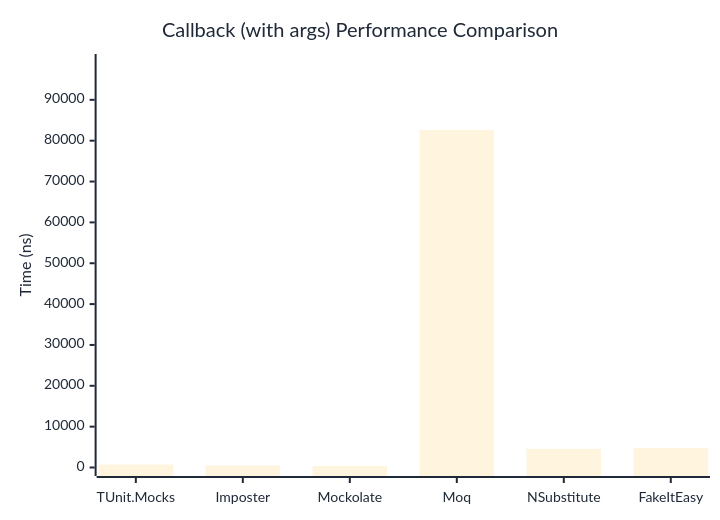
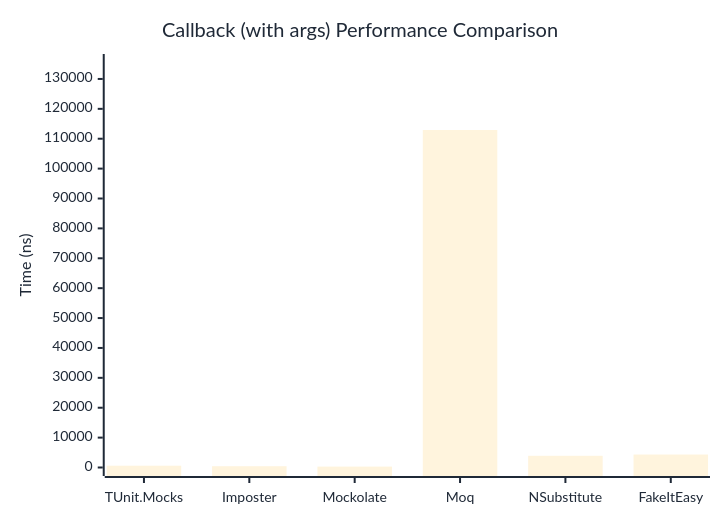
The second of 2 diagrams in docs/docs/benchmarks/mocks/Callback.md (thomhurst/TUnit), drawn with Mermaid before and after one commit. The commit also changed other lines of this file and 14 other files, not shown here.

````diff
--- a/docs/docs/benchmarks/mocks/Callback.md
+++ b/docs/docs/benchmarks/mocks/Callback.md
@@ -71,27 +71,27 @@
 ```mermaid
 %%{init: {
   'theme':'base',
   'themeVariables': {
     'primaryColor': '#2563eb',
     'primaryTextColor': '#1f2937',
     'primaryBorderColor': '#1e40af',
     'lineColor': '#6b7280',
     'secondaryColor': '#7c3aed',
     'tertiaryColor': '#dc2626',
     'background': '#ffffff',
     'pie1': '#2563eb',
     'pie2': '#7c3aed',
     'pie3': '#dc2626',
     'pie4': '#f59e0b',
     'pie5': '#10b981',
     'pie6': '#06b6d4',
     'pie7': '#ec4899',
     'pie8': '#6366f1'
   }
 }}%%
 xychart-beta
   title "Callback (with args) Performance Comparison"
   x-axis ["TUnit.Mocks", "Imposter", "Mockolate", "Moq", "NSubstitute", "FakeItEasy"]
-  y-axis "Time (ns)" 0 --> 99138
-  bar [707.6, 448.6, 357.7, 82614.6, 4576, 4779.7]
+  y-axis "Time (ns)" 0 --> 135503
+  bar [604, 432, 304.3, 112918.8, 3914.1, 4340.7]
 ```
````
